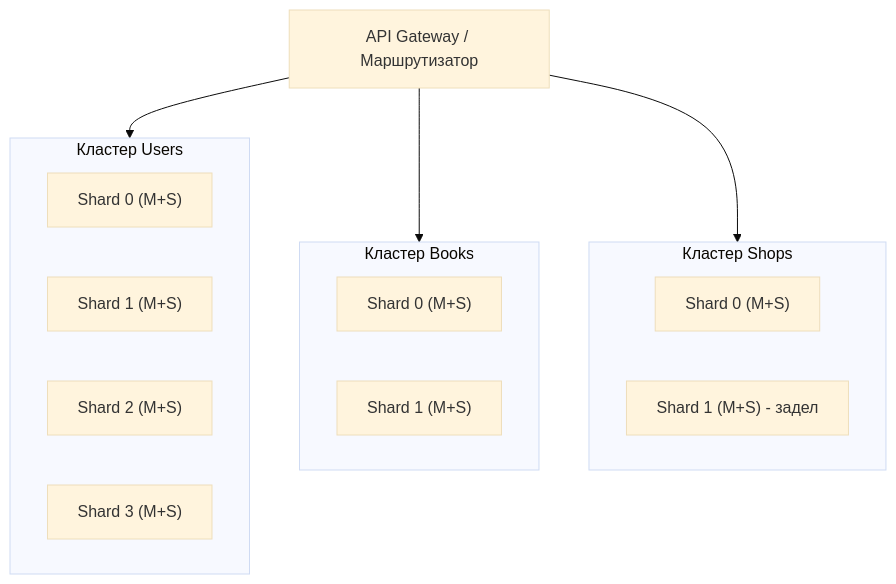
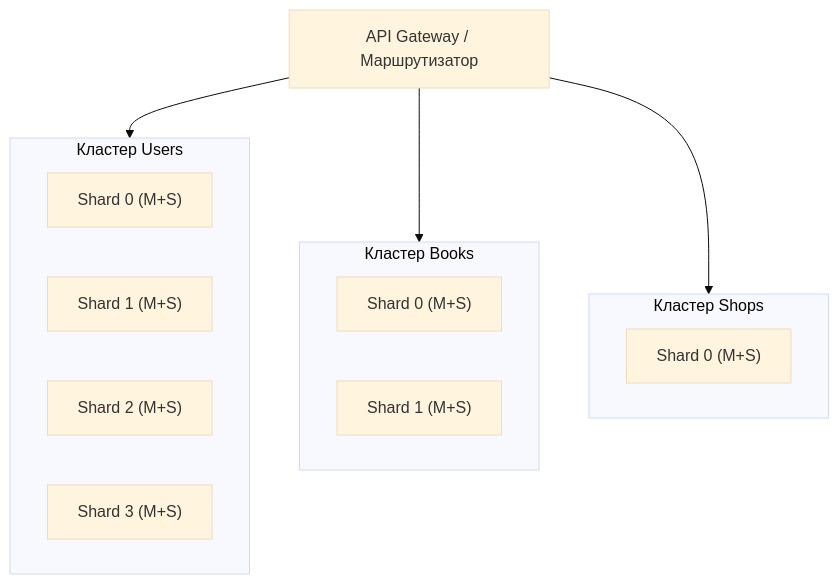
One commit to kumarina-max/Replication-and-Scaling.-Part-2 changed the diagram in README.md. Above: the diagram before and after it, drawn with Mermaid (base theme).

````diff
--- a/README.md
+++ b/README.md
@@ -40,23 +40,22 @@
 ```mermaid
 flowchart TD
     A[API Gateway / Маршрутизатор] --> B[Кластер Users]
     A --> C[Кластер Books]
     A --> D[Кластер Shops]
 
     subgraph B[Кластер Users]
         B1["Shard 0 (M+S)"]
         B2["Shard 1 (M+S)"]
         B3["Shard 2 (M+S)"]
         B4["Shard 3 (M+S)"]
     end
 
     subgraph C[Кластер Books]
         C1["Shard 0 (M+S)"]
         C2["Shard 1 (M+S)"]
     end
 
     subgraph D[Кластер Shops]
         D1["Shard 0 (M+S)"]
-        D2["Shard 1 (M+S) - задел"]
     end
-```       
+```
````
